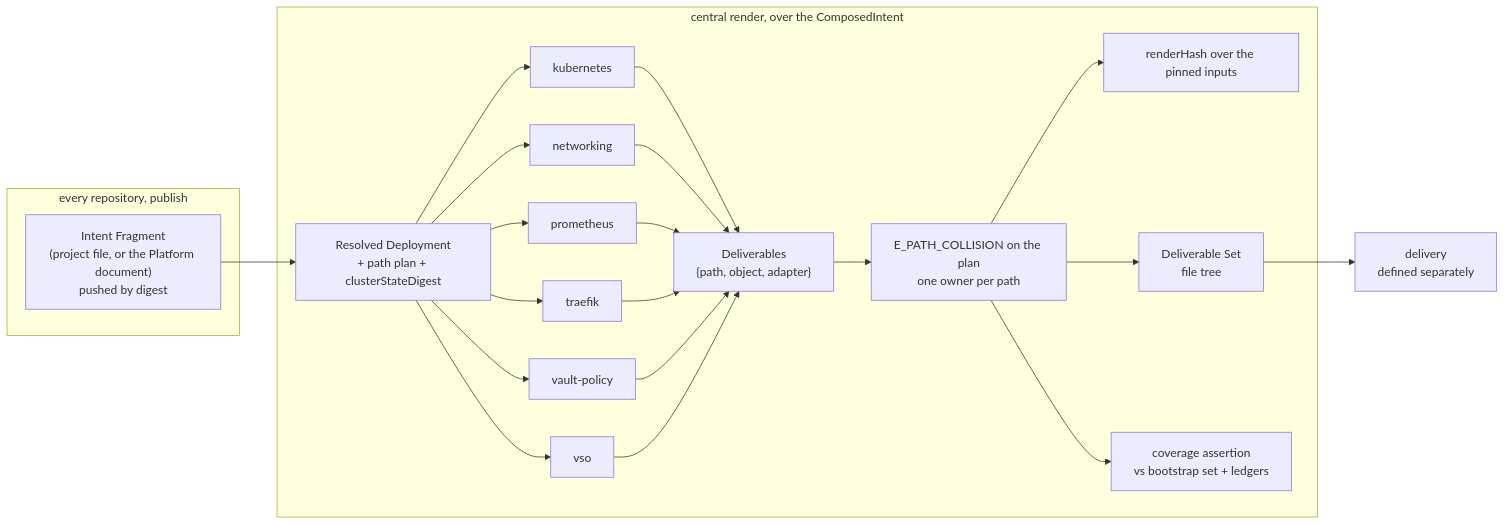
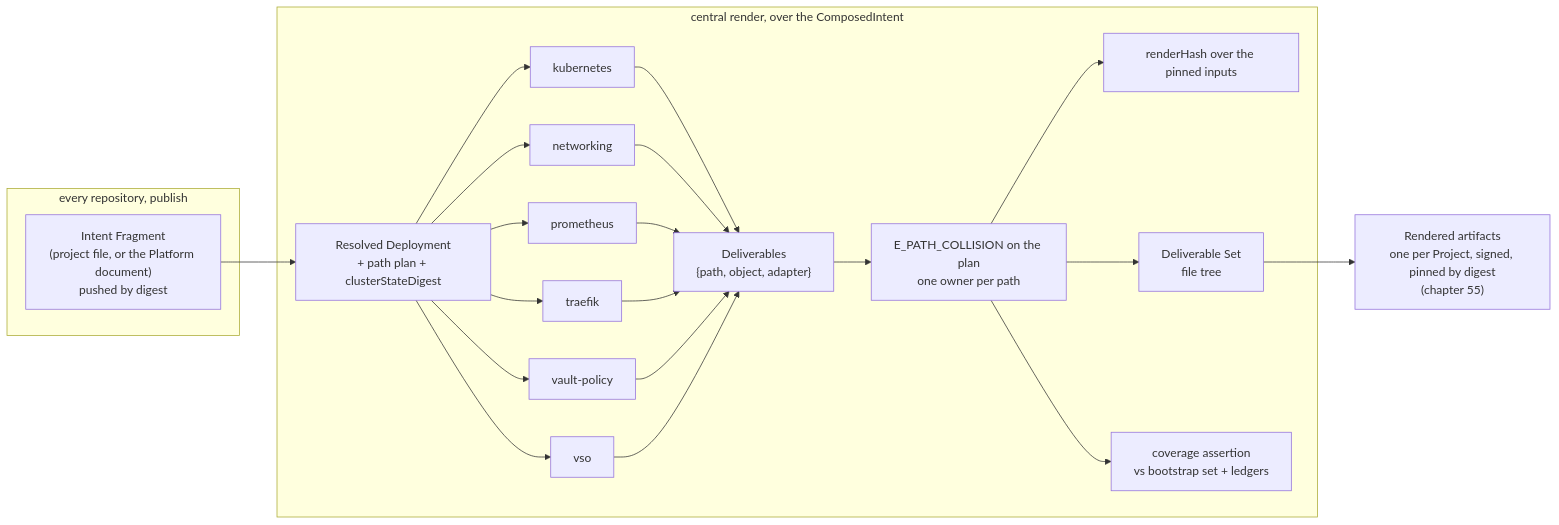
Before and after one commit to JorisJonkers-dev/deploy-kit: the diagram in spec/v1/30-deliverables.md, drawn with Mermaid. The commit also changed other lines of this file and 9 other files, not shown here.

First line of the commit message:
docs: redraw the delivery diagrams (#174)

````diff
--- a/spec/v1/30-deliverables.md
+++ b/spec/v1/30-deliverables.md
@@ -444,22 +443,22 @@
 ```mermaid
 flowchart LR
     subgraph pub["every repository, publish"]
       IF["Intent Fragment<br/>(project file, or the Platform document)<br/>pushed by digest"]
     end
     subgraph agg["central render, over the ComposedIntent"]
       RD["Resolved Deployment<br/>+ path plan + clusterStateDigest"]
       RD --> A1["kubernetes"]
       RD --> A2["networking"]
       RD --> A3["prometheus"]
       RD --> A4["traefik"]
       RD --> A5["vault-policy"]
       RD --> A6["vso"]
       A1 & A2 & A3 & A4 & A5 & A6 --> DL["Deliverables<br/>{path, object, adapter}"]
       DL --> COL["E_PATH_COLLISION on the plan<br/>one owner per path"]
       COL --> H["renderHash over the pinned inputs"]
       COL --> T["Deliverable Set<br/>file tree"]
       COL --> L["coverage assertion<br/>vs bootstrap set + ledgers"]
     end
     IF --> RD
-    T --> X["delivery<br/>defined separately"]
+    T --> X["Rendered artifacts<br/>one per Project, signed, pinned by digest<br/>(chapter 55)"]
 ```
````
